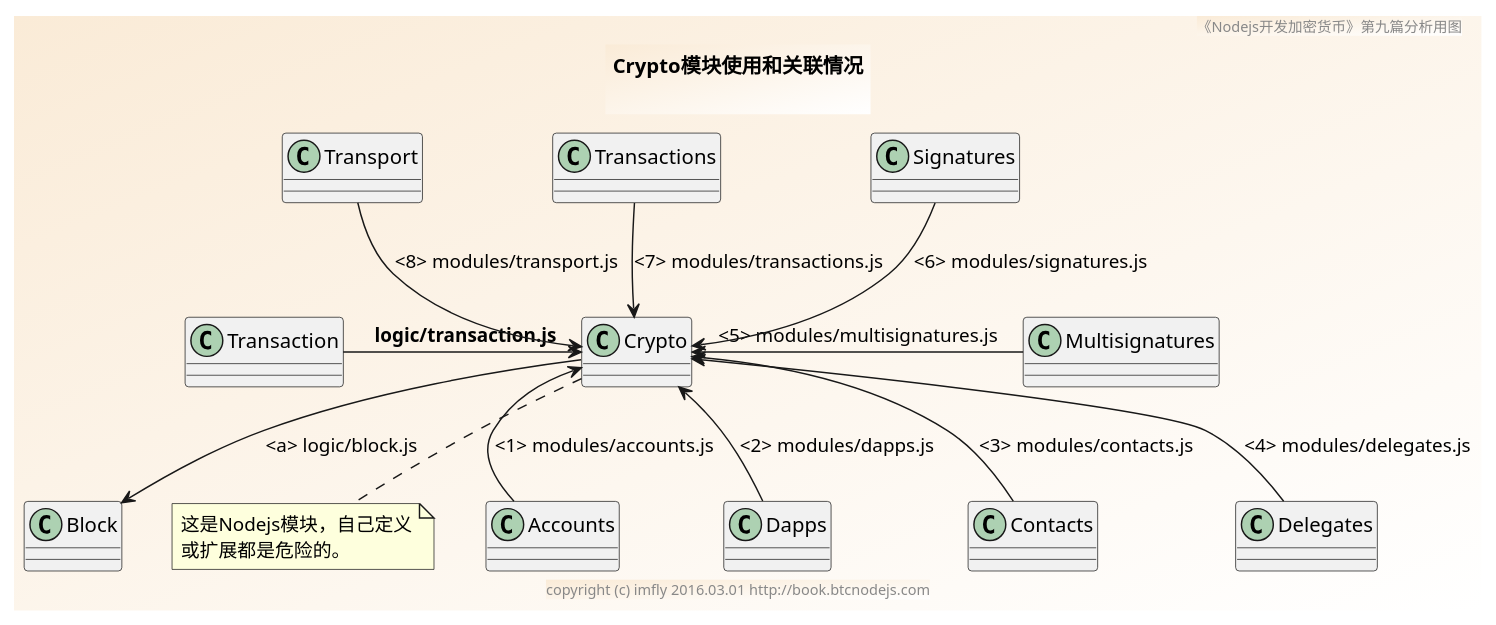
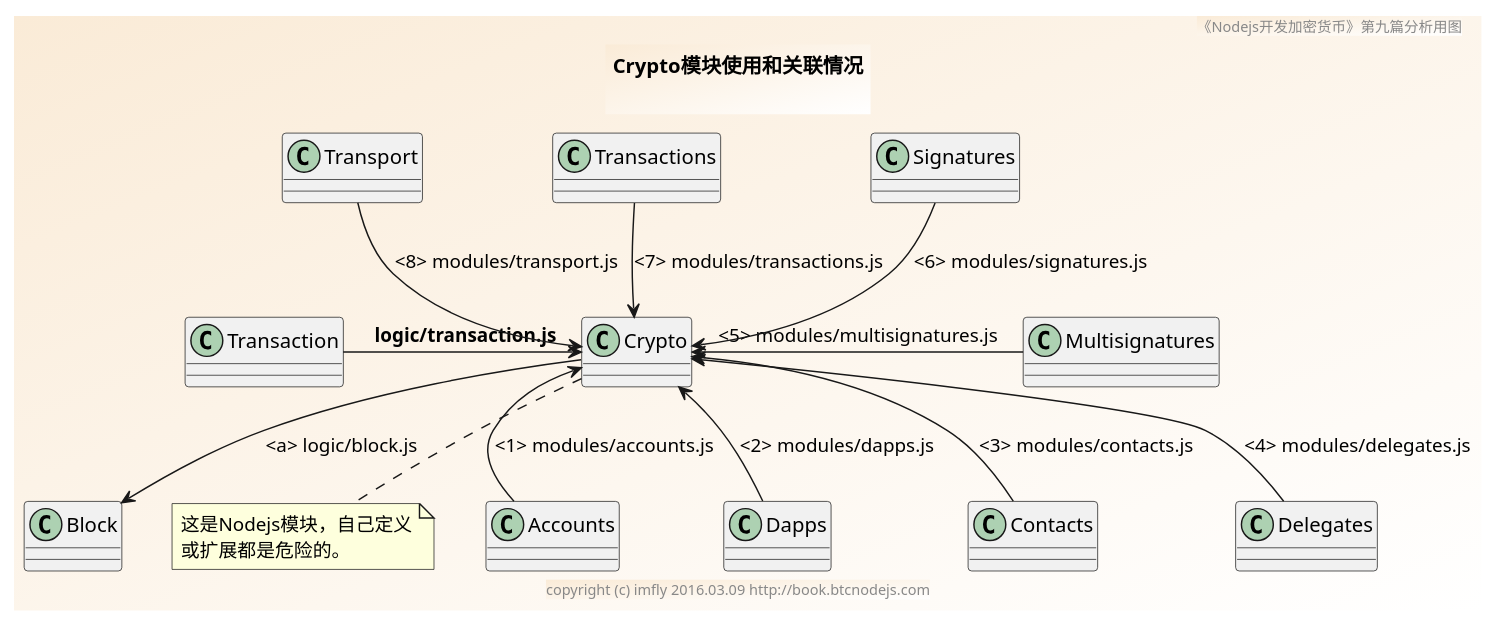
Before and after one commit to brightmanforever022/bitcoin-on-nodejs: the diagram in sources/modules/crypto/class.pu, drawn with PlantUML. The commit also changed 10 other files, not shown here.

```diff
--- a/sources/modules/crypto/class.pu
+++ b/sources/modules/crypto/class.pu
@@ -1,28 +1,28 @@
 @startuml ../../../styles/images/modules/crypto/class.png
 skinparam BorderColor #blue\9932CC
 skinparam backgroundcolor AntiqueWhite/white
 
 title
 Crypto模块使用和关联情况
 
 end title
-footer copyright (c) imfly 2016.03.01 http://book.btcnodejs.com
+footer copyright (c) imfly 2016.03.09 http://book.btcnodejs.com
 header 《Nodejs开发加密货币》第九篇分析用图
 
 ' relationship
 Block <-up- Crypto: <a> logic/block.js
 note bottom
   这是Nodejs模块，自己定义
   或扩展都是危险的。
 end note
 
 Crypto <-left- Transaction: <b> logic/transaction.js
 Crypto <-down- Accounts: <1> modules/accounts.js
 Crypto <-down- Dapps: <2> modules/dapps.js
 Crypto <-down- Contacts: <3> modules/contacts.js
 Crypto <-down- Delegates: <4> modules/delegates.js
 Crypto <-right- Multisignatures: <5> modules/multisignatures.js
 Crypto <-up- Signatures: <6> modules/signatures.js
 Crypto <-up- Transactions: <7> modules/transactions.js
 Crypto <-up- Transport: <8> modules/transport.js
 @enduml
```
